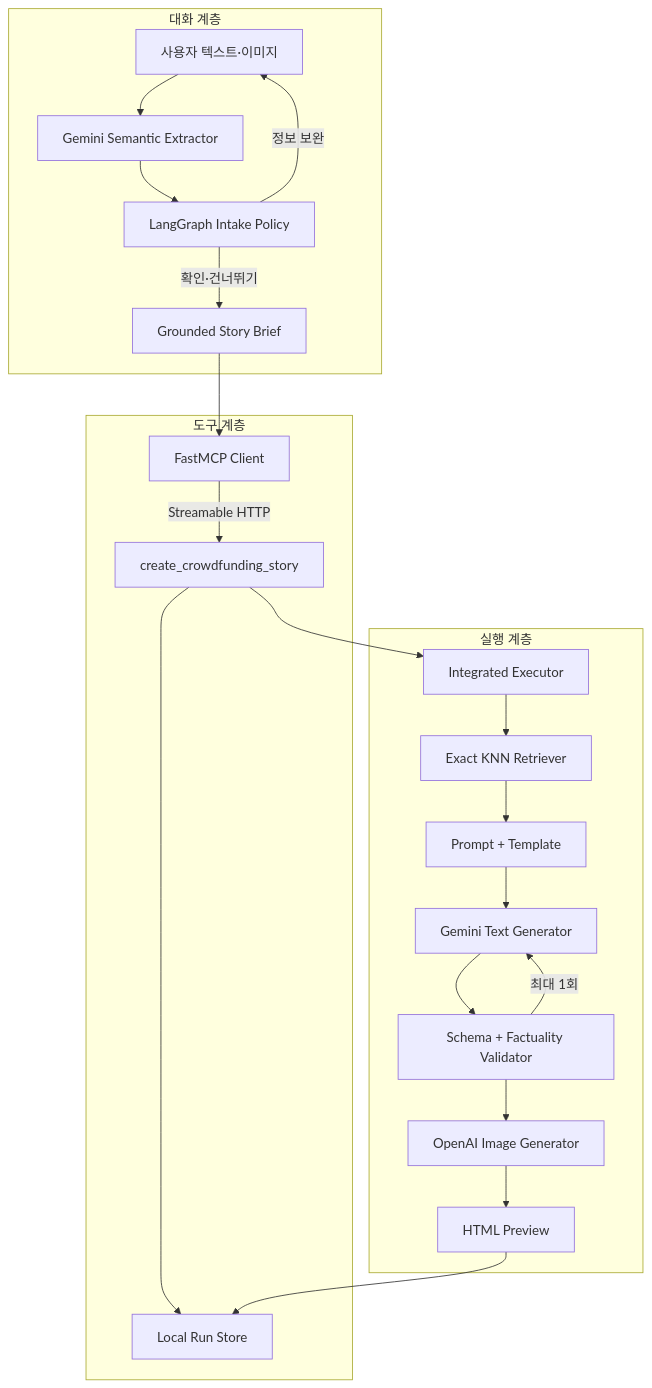
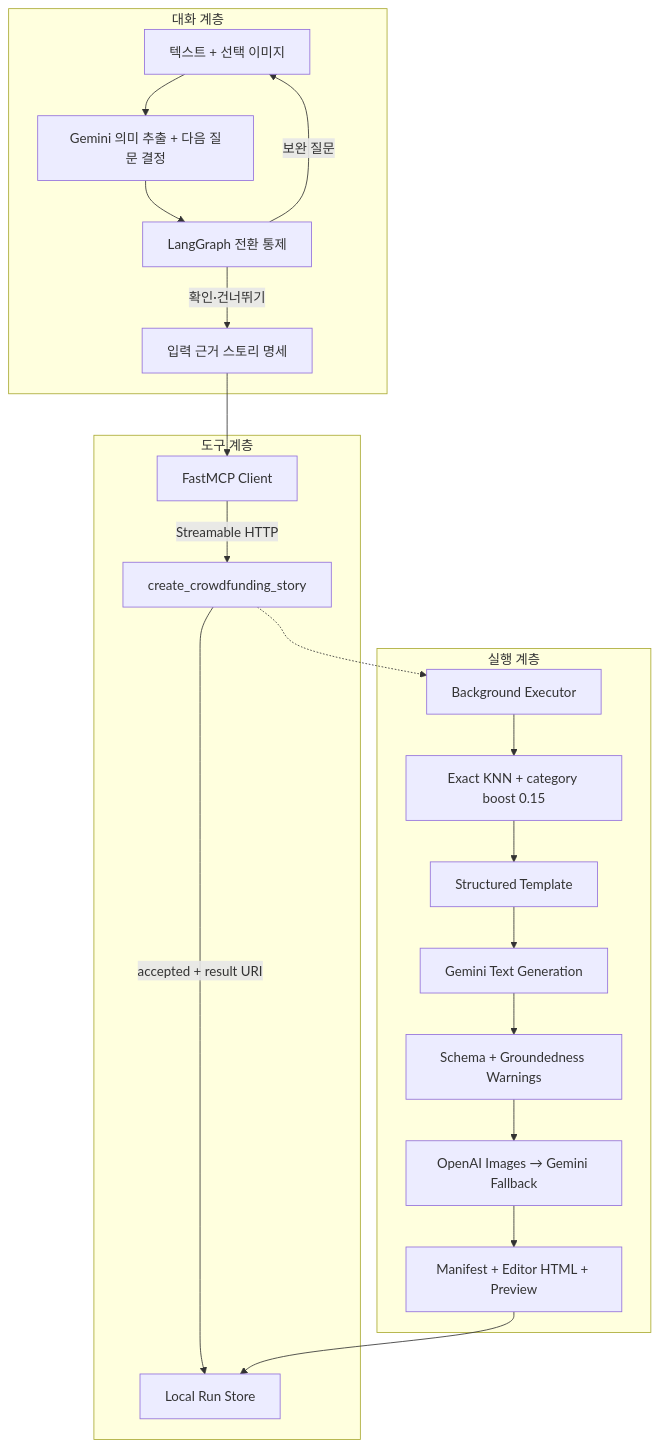
One commit to KT-Cloud-Tech-Up-team6/funding-story-ai changed the diagram in docs/architecture.md. Above: the diagram before and after it, drawn with Mermaid. The commit also changed other lines of this file and 56 other files, not shown here.

````diff
--- a/docs/architecture.md
+++ b/docs/architecture.md
@@ -9,28 +6,26 @@
 ```mermaid
 flowchart TB
     subgraph Conversation["대화 계층"]
-        U["사용자 텍스트·이미지"] --> X["Gemini Semantic Extractor"]
-        X --> Q["LangGraph Intake Policy"]
-        Q -->|"정보 보완"| U
-        Q -->|"확인·건너뛰기"| B["Grounded Story Brief"]
+        U["텍스트 + 선택 이미지"] --> X["Gemini 의미 추출 + 다음 질문 결정"]
+        X --> Q["LangGraph 전환 통제"]
+        Q -->|"보완 질문"| U
+        Q -->|"확인·건너뛰기"| B["입력 근거 스토리 명세"]
     end
 
     subgraph Tool["도구 계층"]
         B --> C["FastMCP Client"]
         C -->|"Streamable HTTP"| M["create_crowdfunding_story"]
-        M --> S["Local Run Store"]
+        M -->|"accepted + result URI"| S["Local Run Store"]
     end
 
     subgraph Execution["실행 계층"]
-        M --> E["Integrated Executor"]
-        E --> K["Exact KNN Retriever"]
-        K --> P["Prompt + Template"]
-        P --> G["Gemini Text Generator"]
-        G --> V["Schema + Factuality Validator"]
-        V -->|"최대 1회"| G
-        V --> I["OpenAI Image Generator"]
-        I --> H["HTML Preview"]
+        M -.-> E["Background Executor"]
+        E --> K["Exact KNN + category boost 0.15"]
+        K --> P["Structured Template"]
+        P --> G["Gemini Text Generation"]
+        G --> V["Schema + Groundedness Warnings"]
+        V --> I["OpenAI Images → Gemini Fallback"]
+        I --> H["Manifest + Editor HTML + Preview"]
+        H --> S
     end
-
-    H --> S
 ```
````
